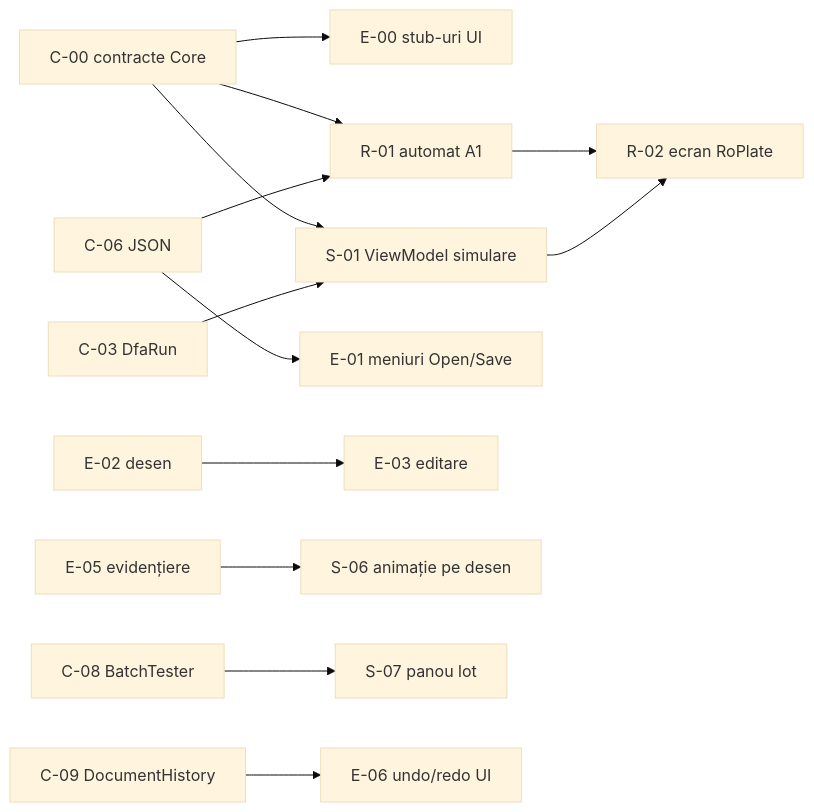
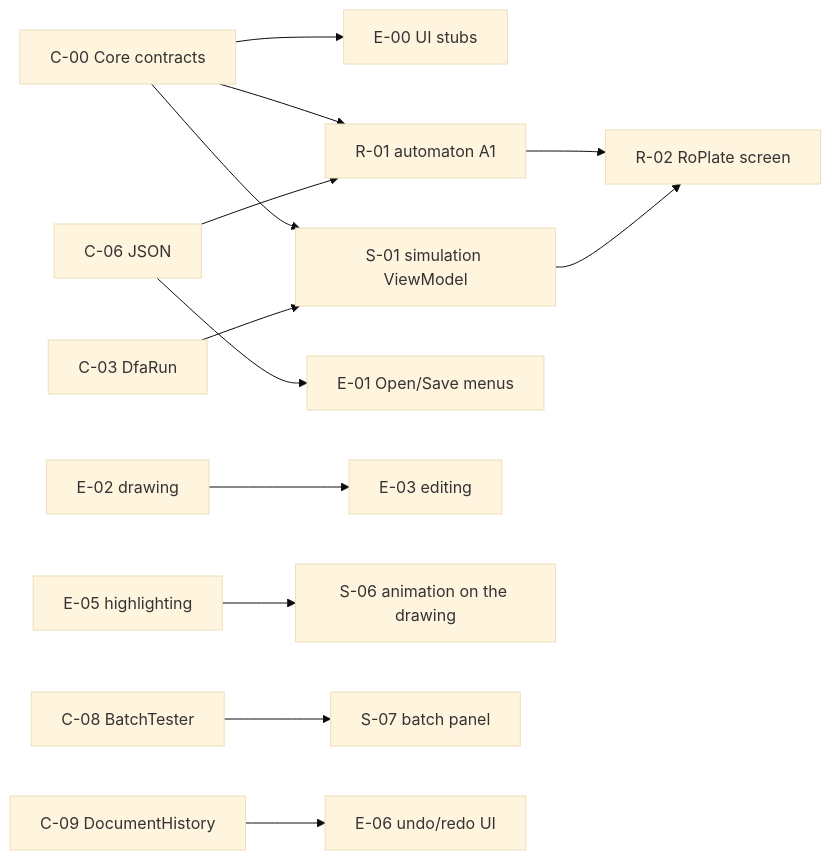
One commit to Zwriter/RoPlate changed the diagram in docs/plan/README.md. Above: the diagram before and after it, drawn with Mermaid (base theme). The commit also changed other lines of this file and 25 other files, not shown here.

````diff
--- a/docs/plan/README.md
+++ b/docs/plan/README.md
@@ -84,15 +82,15 @@
 ```mermaid
 flowchart LR
-    C00[C-00 contracte Core] --> E00[E-00 stub-uri UI]
-    C00 --> S01[S-01 ViewModel simulare]
-    C00 --> R01[R-01 automat A1]
+    C00[C-00 Core contracts] --> E00[E-00 UI stubs]
+    C00 --> S01[S-01 simulation ViewModel]
+    C00 --> R01[R-01 automaton A1]
     C03[C-03 DfaRun] --> S01
-    C06[C-06 JSON] --> E01[E-01 meniuri Open/Save]
+    C06[C-06 JSON] --> E01[E-01 Open/Save menus]
     C06 --> R01
-    E02[E-02 desen] --> E03[E-03 editare]
-    E05[E-05 evidențiere] --> S06[S-06 animație pe desen]
-    C08[C-08 BatchTester] --> S07[S-07 panou lot]
+    E02[E-02 drawing] --> E03[E-03 editing]
+    E05[E-05 highlighting] --> S06[S-06 animation on the drawing]
+    C08[C-08 BatchTester] --> S07[S-07 batch panel]
     C09[C-09 DocumentHistory] --> E06[E-06 undo/redo UI]
-    R01 --> R02[R-02 ecran RoPlate]
+    R01 --> R02[R-02 RoPlate screen]
     S01 --> R02
 ```
````
